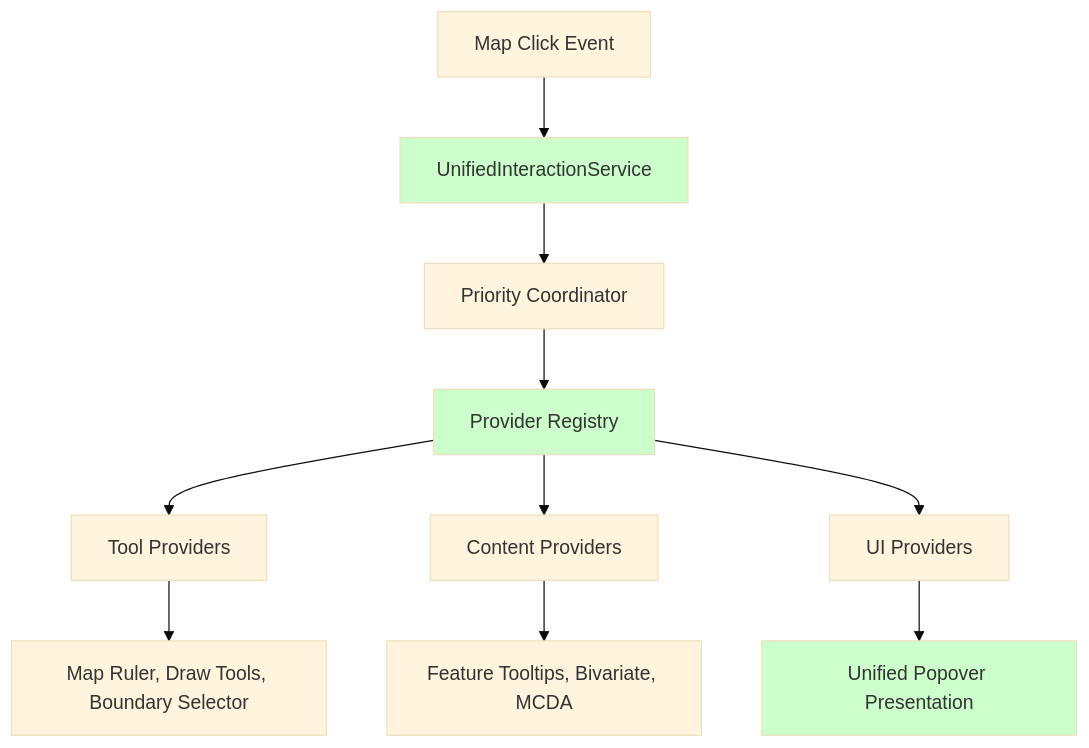
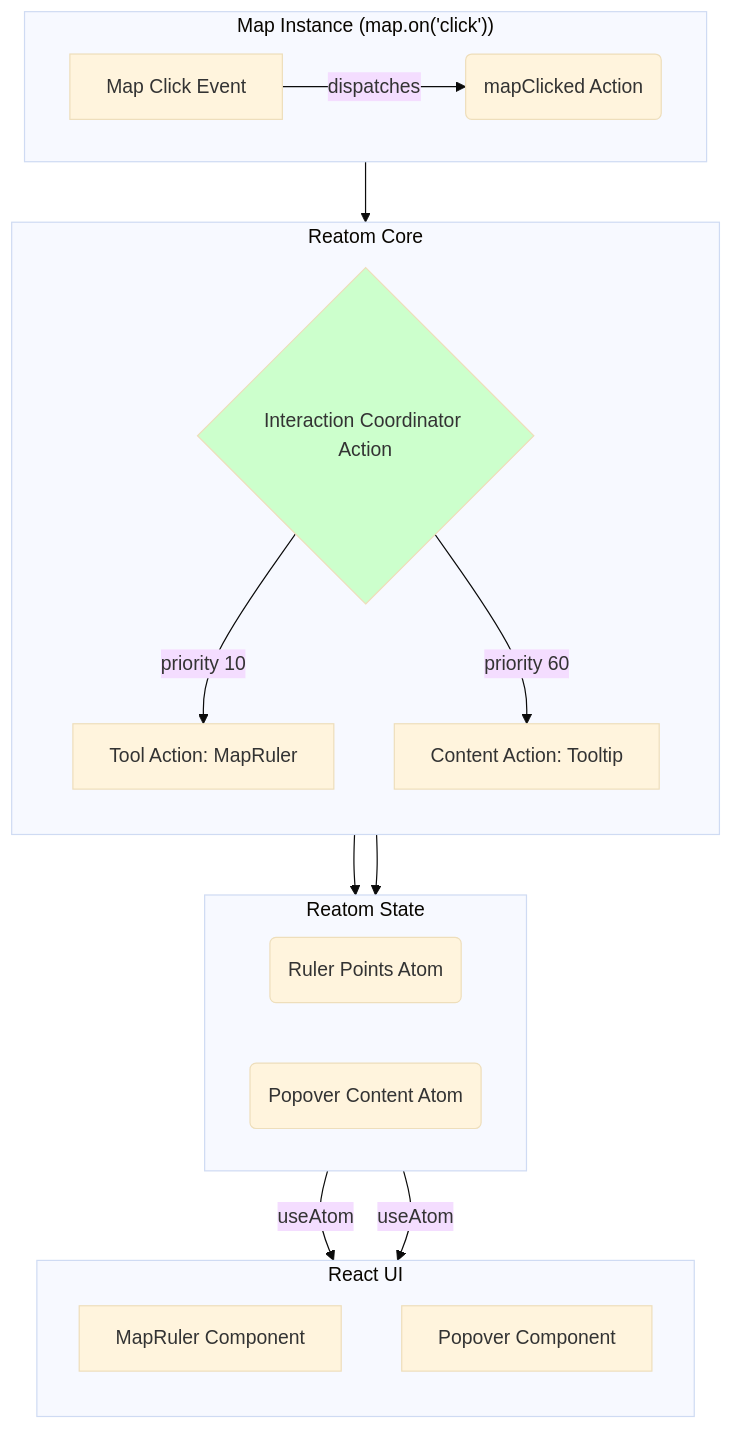
The second of 2 diagrams in docs/architecture/ADR-005-Map-Interaction-System-Consolidation.md (konturio/disaster-ninja-fe), drawn with Mermaid (base theme) before and after one commit. The commit also changed other lines of this file and 6 other files, not shown here.

````diff
--- a/docs/architecture/ADR-005-Map-Interaction-System-Consolidation.md
+++ b/docs/architecture/ADR-005-Map-Interaction-System-Consolidation.md
@@ -81,18 +83,28 @@
 ```mermaid
 graph TD
-    A[Map Click Event] --> B[UnifiedInteractionService]
-    B --> C[Priority Coordinator]
-    C --> D[Provider Registry]
+    subgraph "Map Instance (map.on('click'))"
+        direction LR
+        A[Map Click Event] -->|dispatches| B(mapClicked Action)
+    end
 
-    D --> E[Tool Providers]
-    D --> F[Content Providers]
-    D --> G[UI Providers]
+    subgraph "Reatom Core"
+        direction TB
+        B --> C{Interaction Coordinator Action}
+        C -->|priority 10| D[Tool Action: MapRuler]
+        C -->|priority 60| E[Content Action: Tooltip]
+    end
 
-    E --> H[Map Ruler, Draw Tools, Boundary Selector]
-    F --> I[Feature Tooltips, Bivariate, MCDA]
-    G --> J[Unified Popover Presentation]
+    subgraph "Reatom State"
+        direction LR
+        D --> F(Ruler Points Atom)
+        E --> G(Popover Content Atom)
+    end
 
-    style B fill:#ccffcc
-    style D fill:#ccffcc
-    style J fill:#ccffcc
+    subgraph "React UI"
+        direction TB
+        F -- useAtom --> H[MapRuler Component]
+        G -- useAtom --> I[Popover Component]
+    end
+
+    style C fill:#ccffcc
 ```
````
